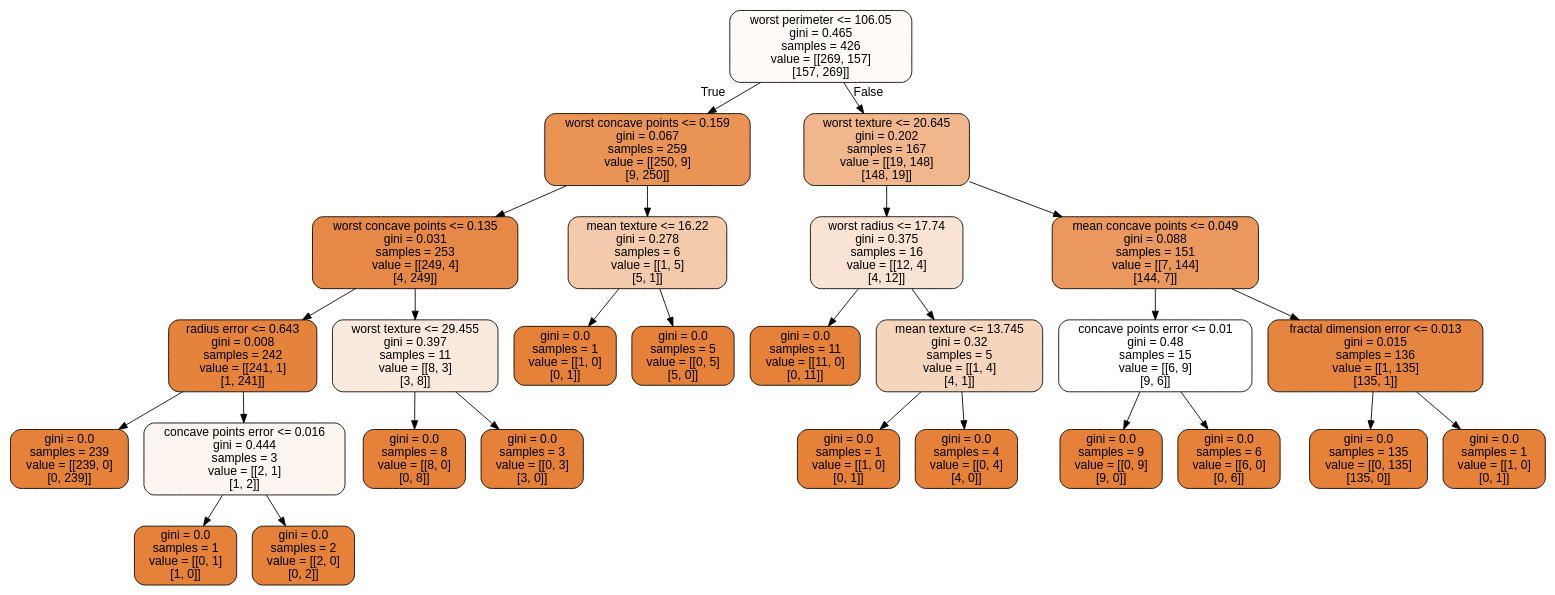
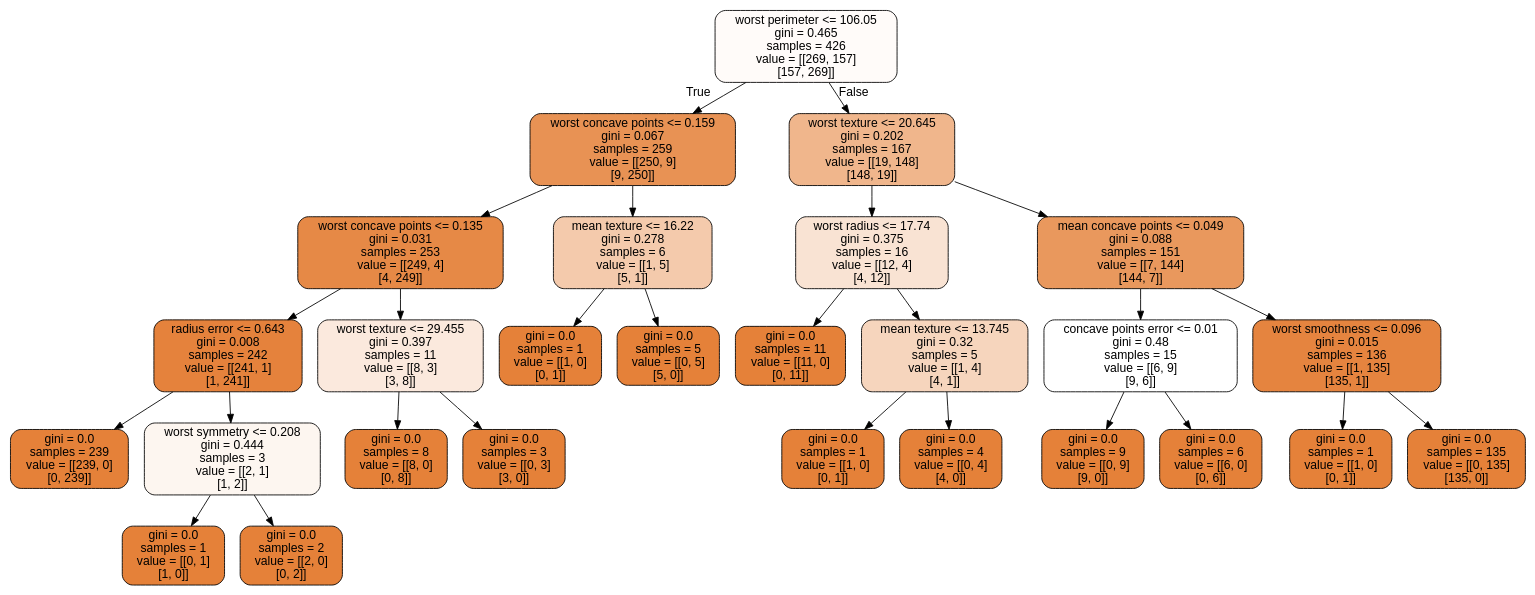
Before and after one commit to CompPhysics/MachineLearning: the diagram in doc/LectureNotes/DataFiles/cancer.dot, drawn with Graphviz. The commit also changed 20 other files, not shown here.

```diff
--- a/doc/LectureNotes/DataFiles/cancer.dot
+++ b/doc/LectureNotes/DataFiles/cancer.dot
@@ -1,57 +1,57 @@
 digraph Tree {
-node [shape=box, style="filled, rounded", color="black", fontname="helvetica"] ;
-edge [fontname="helvetica"] ;
-0 [label="worst perimeter <= 106.05\ngini = 0.465\nsamples = 426\nvalue = [[269, 157]\n[157, 269]]", fillcolor="#fefbf9"] ;
-1 [label="worst concave points <= 0.159\ngini = 0.067\nsamples = 259\nvalue = [[250, 9]\n[9, 250]]", fillcolor="#e99355"] ;
+node [shape=box, style="filled, rounded", color="black", fontname=helvetica] ;
+edge [fontname=helvetica] ;
+0 [label="worst perimeter <= 106.05\ngini = 0.465\nsamples = 426\nvalue = [[269, 157]\n[157, 269]]", fillcolor="#e5813908"] ;
+1 [label="worst concave points <= 0.159\ngini = 0.067\nsamples = 259\nvalue = [[250, 9]\n[9, 250]]", fillcolor="#e58139db"] ;
 0 -> 1 [labeldistance=2.5, labelangle=45, headlabel="True"] ;
-2 [label="worst concave points <= 0.135\ngini = 0.031\nsamples = 253\nvalue = [[249, 4]\n[4, 249]]", fillcolor="#e78946"] ;
+2 [label="worst concave points <= 0.135\ngini = 0.031\nsamples = 253\nvalue = [[249, 4]\n[4, 249]]", fillcolor="#e58139ee"] ;
 1 -> 2 ;
-3 [label="radius error <= 0.643\ngini = 0.008\nsamples = 242\nvalue = [[241, 1]\n[1, 241]]", fillcolor="#e5833c"] ;
+3 [label="radius error <= 0.643\ngini = 0.008\nsamples = 242\nvalue = [[241, 1]\n[1, 241]]", fillcolor="#e58139fb"] ;
 2 -> 3 ;
-4 [label="gini = 0.0\nsamples = 239\nvalue = [[239, 0]\n[0, 239]]", fillcolor="#e58139"] ;
+4 [label="gini = 0.0\nsamples = 239\nvalue = [[239, 0]\n[0, 239]]", fillcolor="#e58139ff"] ;
 3 -> 4 ;
-5 [label="concave points error <= 0.016\ngini = 0.444\nsamples = 3\nvalue = [[2, 1]\n[1, 2]]", fillcolor="#fdf6f0"] ;
+5 [label="worst symmetry <= 0.208\ngini = 0.444\nsamples = 3\nvalue = [[2, 1]\n[1, 2]]", fillcolor="#e5813913"] ;
 3 -> 5 ;
-6 [label="gini = 0.0\nsamples = 1\nvalue = [[0, 1]\n[1, 0]]", fillcolor="#e58139"] ;
+6 [label="gini = 0.0\nsamples = 1\nvalue = [[0, 1]\n[1, 0]]", fillcolor="#e58139ff"] ;
 5 -> 6 ;
-7 [label="gini = 0.0\nsamples = 2\nvalue = [[2, 0]\n[0, 2]]", fillcolor="#e58139"] ;
+7 [label="gini = 0.0\nsamples = 2\nvalue = [[2, 0]\n[0, 2]]", fillcolor="#e58139ff"] ;
 5 -> 7 ;
-8 [label="worst texture <= 29.455\ngini = 0.397\nsamples = 11\nvalue = [[8, 3]\n[3, 8]]", fillcolor="#fae9dd"] ;
+8 [label="worst texture <= 29.455\ngini = 0.397\nsamples = 11\nvalue = [[8, 3]\n[3, 8]]", fillcolor="#e581392c"] ;
 2 -> 8 ;
-9 [label="gini = 0.0\nsamples = 8\nvalue = [[8, 0]\n[0, 8]]", fillcolor="#e58139"] ;
+9 [label="gini = 0.0\nsamples = 8\nvalue = [[8, 0]\n[0, 8]]", fillcolor="#e58139ff"] ;
 8 -> 9 ;
-10 [label="gini = 0.0\nsamples = 3\nvalue = [[0, 3]\n[3, 0]]", fillcolor="#e58139"] ;
+10 [label="gini = 0.0\nsamples = 3\nvalue = [[0, 3]\n[3, 0]]", fillcolor="#e58139ff"] ;
 8 -> 10 ;
-11 [label="mean texture <= 16.22\ngini = 0.278\nsamples = 6\nvalue = [[1, 5]\n[5, 1]]", fillcolor="#f4caac"] ;
+11 [label="mean texture <= 16.22\ngini = 0.278\nsamples = 6\nvalue = [[1, 5]\n[5, 1]]", fillcolor="#e581396b"] ;
 1 -> 11 ;
-12 [label="gini = 0.0\nsamples = 1\nvalue = [[1, 0]\n[0, 1]]", fillcolor="#e58139"] ;
+12 [label="gini = 0.0\nsamples = 1\nvalue = [[1, 0]\n[0, 1]]", fillcolor="#e58139ff"] ;
 11 -> 12 ;
-13 [label="gini = 0.0\nsamples = 5\nvalue = [[0, 5]\n[5, 0]]", fillcolor="#e58139"] ;
+13 [label="gini = 0.0\nsamples = 5\nvalue = [[0, 5]\n[5, 0]]", fillcolor="#e58139ff"] ;
 11 -> 13 ;
-14 [label="worst texture <= 20.645\ngini = 0.202\nsamples = 167\nvalue = [[19, 148]\n[148, 19]]", fillcolor="#f0b68c"] ;
+14 [label="worst texture <= 20.645\ngini = 0.202\nsamples = 167\nvalue = [[19, 148]\n[148, 19]]", fillcolor="#e5813994"] ;
 0 -> 14 [labeldistance=2.5, labelangle=-45, headlabel="False"] ;
-15 [label="worst radius <= 17.74\ngini = 0.375\nsamples = 16\nvalue = [[12, 4]\n[4, 12]]", fillcolor="#f9e3d4"] ;
+15 [label="worst radius <= 17.74\ngini = 0.375\nsamples = 16\nvalue = [[12, 4]\n[4, 12]]", fillcolor="#e5813938"] ;
 14 -> 15 ;
-16 [label="gini = 0.0\nsamples = 11\nvalue = [[11, 0]\n[0, 11]]", fillcolor="#e58139"] ;
+16 [label="gini = 0.0\nsamples = 11\nvalue = [[11, 0]\n[0, 11]]", fillcolor="#e58139ff"] ;
 15 -> 16 ;
-17 [label="mean texture <= 13.745\ngini = 0.32\nsamples = 5\nvalue = [[1, 4]\n[4, 1]]", fillcolor="#f6d5bd"] ;
+17 [label="mean texture <= 13.745\ngini = 0.32\nsamples = 5\nvalue = [[1, 4]\n[4, 1]]", fillcolor="#e5813955"] ;
 15 -> 17 ;
-18 [label="gini = 0.0\nsamples = 1\nvalue = [[1, 0]\n[0, 1]]", fillcolor="#e58139"] ;
+18 [label="gini = 0.0\nsamples = 1\nvalue = [[1, 0]\n[0, 1]]", fillcolor="#e58139ff"] ;
 17 -> 18 ;
-19 [label="gini = 0.0\nsamples = 4\nvalue = [[0, 4]\n[4, 0]]", fillcolor="#e58139"] ;
+19 [label="gini = 0.0\nsamples = 4\nvalue = [[0, 4]\n[4, 0]]", fillcolor="#e58139ff"] ;
 17 -> 19 ;
-20 [label="mean concave points <= 0.049\ngini = 0.088\nsamples = 151\nvalue = [[7, 144]\n[144, 7]]", fillcolor="#ea985d"] ;
+20 [label="mean concave points <= 0.049\ngini = 0.088\nsamples = 151\nvalue = [[7, 144]\n[144, 7]]", fillcolor="#e58139d0"] ;
 14 -> 20 ;
-21 [label="concave points error <= 0.01\ngini = 0.48\nsamples = 15\nvalue = [[6, 9]\n[9, 6]]", fillcolor="#ffffff"] ;
+21 [label="concave points error <= 0.01\ngini = 0.48\nsamples = 15\nvalue = [[6, 9]\n[9, 6]]", fillcolor="#e5813900"] ;
 20 -> 21 ;
-22 [label="gini = 0.0\nsamples = 9\nvalue = [[0, 9]\n[9, 0]]", fillcolor="#e58139"] ;
+22 [label="gini = 0.0\nsamples = 9\nvalue = [[0, 9]\n[9, 0]]", fillcolor="#e58139ff"] ;
 21 -> 22 ;
-23 [label="gini = 0.0\nsamples = 6\nvalue = [[6, 0]\n[0, 6]]", fillcolor="#e58139"] ;
+23 [label="gini = 0.0\nsamples = 6\nvalue = [[6, 0]\n[0, 6]]", fillcolor="#e58139ff"] ;
 21 -> 23 ;
-24 [label="fractal dimension error <= 0.013\ngini = 0.015\nsamples = 136\nvalue = [[1, 135]\n[135, 1]]", fillcolor="#e6853f"] ;
+24 [label="worst smoothness <= 0.096\ngini = 0.015\nsamples = 136\nvalue = [[1, 135]\n[135, 1]]", fillcolor="#e58139f7"] ;
 20 -> 24 ;
-25 [label="gini = 0.0\nsamples = 135\nvalue = [[0, 135]\n[135, 0]]", fillcolor="#e58139"] ;
+25 [label="gini = 0.0\nsamples = 1\nvalue = [[1, 0]\n[0, 1]]", fillcolor="#e58139ff"] ;
 24 -> 25 ;
-26 [label="gini = 0.0\nsamples = 1\nvalue = [[1, 0]\n[0, 1]]", fillcolor="#e58139"] ;
+26 [label="gini = 0.0\nsamples = 135\nvalue = [[0, 135]\n[135, 0]]", fillcolor="#e58139ff"] ;
 24 -> 26 ;
 }
```
